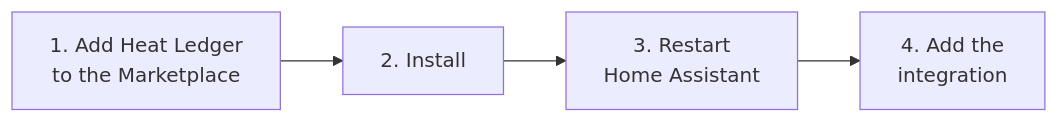
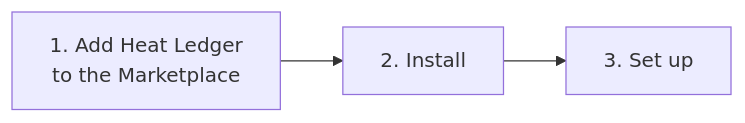
The diagram in docs/installation.md (benep/heat_ledger), drawn with Mermaid before and after one commit. The commit also changed other lines of this file and 2 other files, not shown here.

Commit message:
Installation in three steps: the Marketplace button first, the setup starts by itself after Install, no restart; adding the integration again only as a link

````diff
--- a/docs/installation.md
+++ b/docs/installation.md
@@ -5,4 +5,4 @@
 ```mermaid
 flowchart LR
-    A["1. Add Heat Ledger<br>to the Marketplace"] --> B["2. Install"] --> C["3. Restart<br>Home Assistant"] --> D["4. Add the<br>integration"]
+    A["1. Add Heat Ledger<br>to the Marketplace"] --> B["2. Install"] --> C["3. Set up"]
 ```
````
